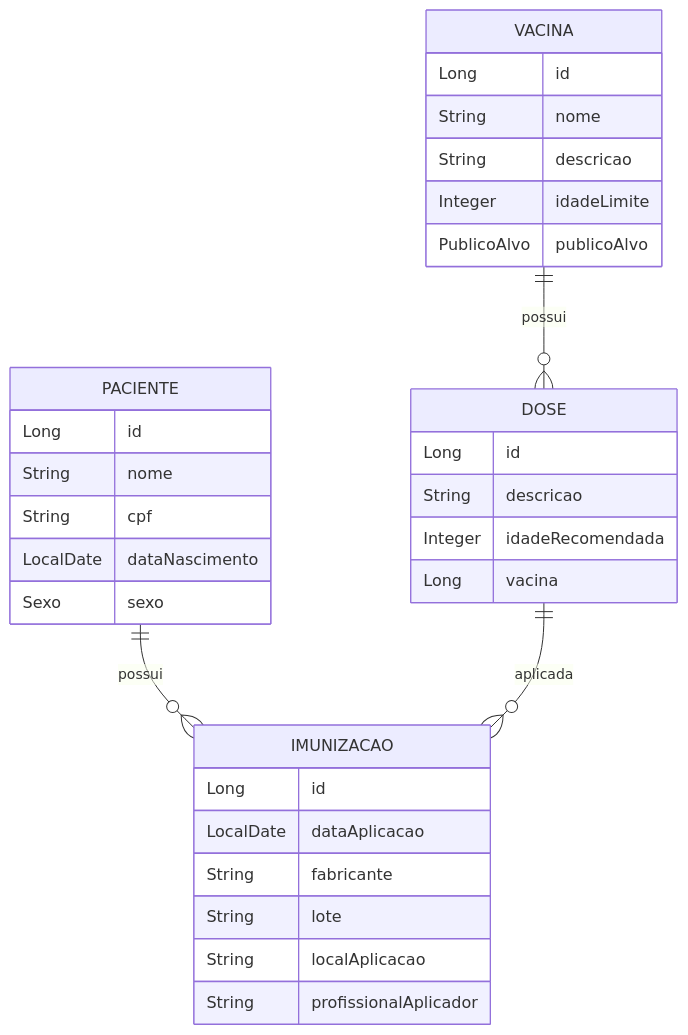
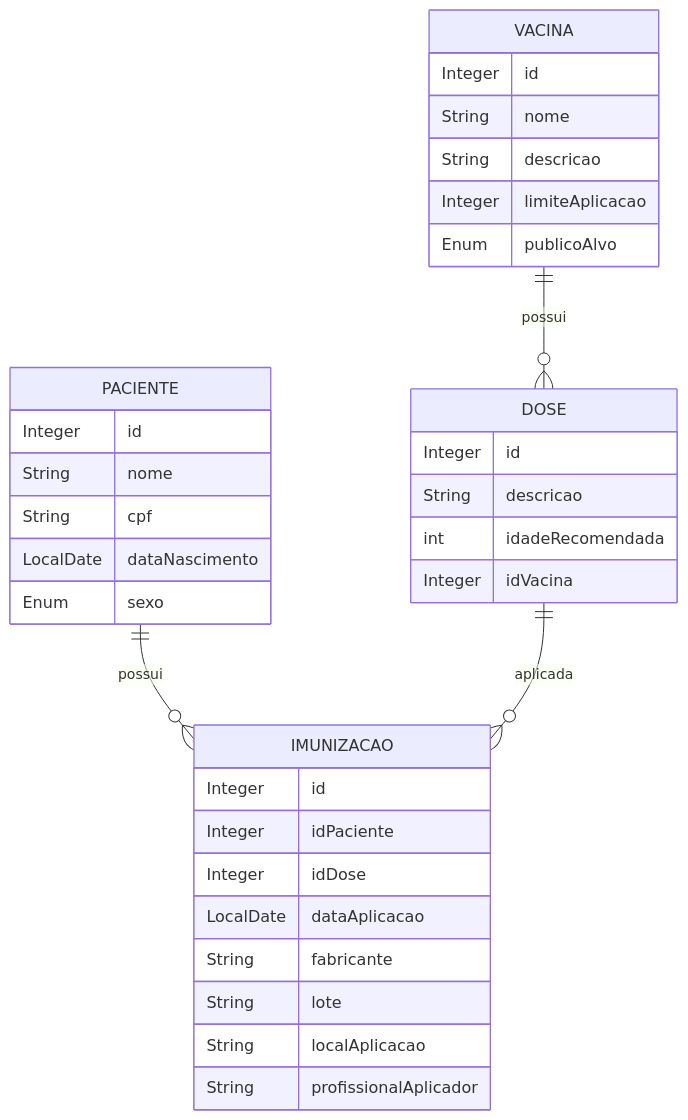
One commit to welissontiago/Calendario_Vacina changed the second of 3 diagrams in README.md. Above: the diagram before and after it, drawn with Mermaid. The commit also changed other lines of this file and 7 other files, not shown here.

````diff
--- a/README.md
+++ b/README.md
@@ -90,41 +90,43 @@
 ```mermaid
 erDiagram
 
 PACIENTE {
-Long id
+Integer id
 String nome
 String cpf
 LocalDate dataNascimento
-Sexo sexo
+Enum sexo
 }
 
 VACINA {
-Long id
+Integer id
 String nome
 String descricao
-Integer idadeLimite
-PublicoAlvo publicoAlvo
+Integer limiteAplicacao
+Enum publicoAlvo
 }
 
 DOSE {
-Long id
+Integer id
 String descricao
-Integer idadeRecomendada
-Long vacina
+int idadeRecomendada
+Integer idVacina
 }
 
 IMUNIZACAO {
-Long id
+Integer id
+Integer idPaciente
+Integer idDose
 LocalDate dataAplicacao
 String fabricante
 String lote
 String localAplicacao
 String profissionalAplicador
 }
 
 PACIENTE ||--o{ IMUNIZACAO : possui
 
 DOSE ||--o{ IMUNIZACAO : aplicada
 
 VACINA ||--o{ DOSE : possui
 ```
````
